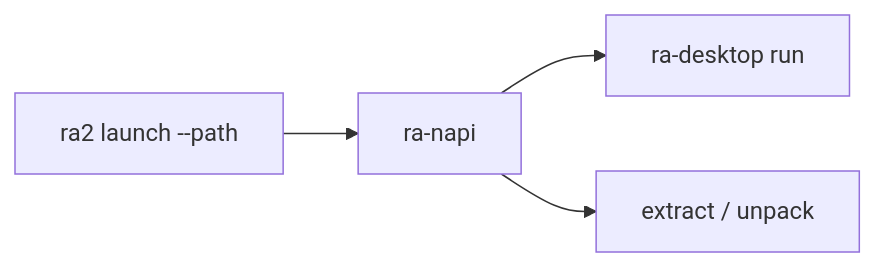
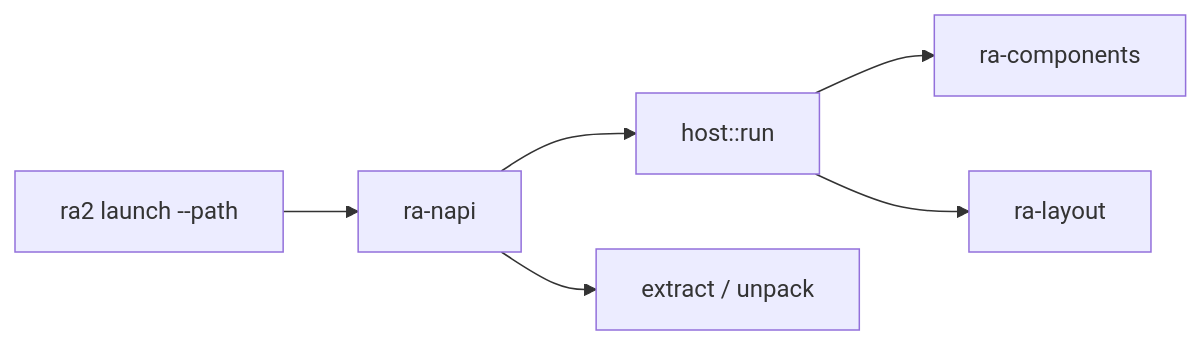
The diagram in projects/bindings/ra-napi/readme.md (rust-alert/ra2.exe), drawn with Mermaid before and after one commit. The commit also changed other lines of this file and 58 other files, not shown here.

First line of the commit message:
♻️ Fold native host into `ra-napi` and remove `ra-desktop`

````diff
--- a/projects/bindings/ra-napi/readme.md
+++ b/projects/bindings/ra-napi/readme.md
@@ -7,6 +7,8 @@
 ```mermaid
 flowchart LR
     A["ra2 launch --path"] --> B[ra-napi]
-    B --> C["ra-desktop run"]
+    B --> C["host::run"]
     B --> D[extract / unpack]
+    C --> E[ra-components]
+    C --> F[ra-layout]
 ```
````
